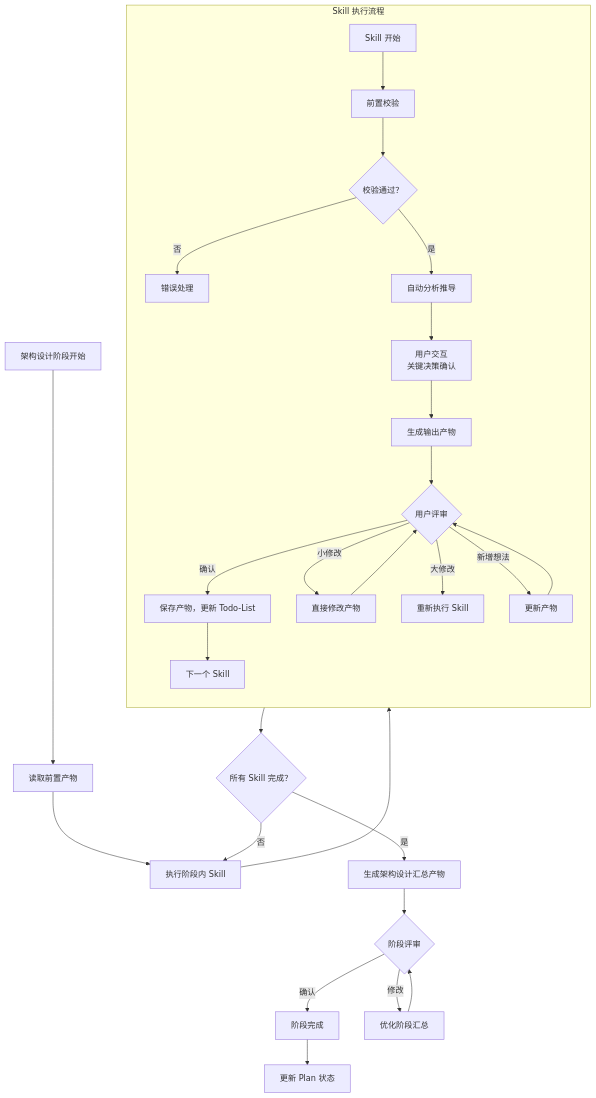
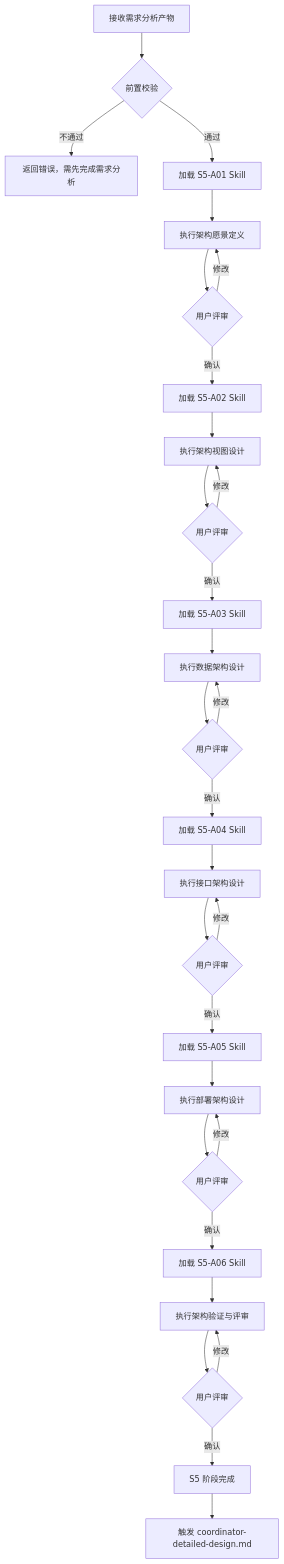
One commit to HeartFlying/swf changed the first of 3 diagrams in agents/coordinator-architecture.md. Above: the diagram before and after it, drawn with Mermaid. The commit also changed other lines of this file and 16 other files, not shown here.

````diff
--- a/agents/coordinator-architecture.md
+++ b/agents/coordinator-architecture.md
@@ -37,33 +73,38 @@
 ```mermaid
 flowchart TD
-    StageStart[架构设计阶段开始] --> Read[读取前置产物]
-    Read --> SkillLoop[执行阶段内 Skill]
+    Start[接收需求分析产物] --> Check{前置校验}
+    Check -->|不通过| Error[返回错误，需先完成需求分析]
+    Check -->|通过| LoadA01[加载 S5-A01 Skill]
 
-    subgraph SkillExecution[Skill 执行流程]
-        direction TB
-        SkillStart[Skill 开始] --> PreCheck[前置校验]
-        PreCheck --> CheckResult{校验通过？}
-        CheckResult -->|否 | HandleError[错误处理]
-        CheckResult -->|是 | Analyze[自动分析推导]
-        Analyze --> Interact[用户交互<br/>关键决策确认]
-        Interact --> Generate[生成输出产物]
-        Generate --> Review{用户评审}
-        Review -->|确认 | Save[保存产物，更新 Todo-List]
-        Review -->|小修改 | Modify[直接修改产物]
-        Review -->|大修改 | ReExecute[重新执行 Skill]
-        Review -->|新增想法 | Update[更新产物]
-        Modify --> Review
-        Update --> Review
-        Save --> NextSkill[下一个 Skill]
-    end
+    LoadA01 --> ExecA01[执行架构愿景定义]
+    ExecA01 --> ReviewA01{用户评审}
+    ReviewA01 -->|确认| LoadA02[加载 S5-A02 Skill]
+    ReviewA01 -->|修改| ExecA01
 
-    SkillLoop --> SkillExecution
-    NextSkill --> AllDone{所有 Skill 完成？}
-    AllDone -->|否 | SkillLoop
-    AllDone -->|是 | Summary[生成架构设计汇总产物]
-    Summary --> StageReview{阶段评审}
-    StageReview -->|确认 | StageDone[阶段完成]
-    StageReview -->|修改 | Optimize[优化阶段汇总]
-    Optimize --> StageReview
-    StageDone --> UpdatePlan[更新 Plan 状态]
+    LoadA02 --> ExecA02[执行架构视图设计]
+    ExecA02 --> ReviewA02{用户评审}
+    ReviewA02 -->|确认| LoadA03[加载 S5-A03 Skill]
+    ReviewA02 -->|修改| ExecA02
+
+    LoadA03 --> ExecA03[执行数据架构设计]
+    ExecA03 --> ReviewA03{用户评审}
+    ReviewA03 -->|确认| LoadA04[加载 S5-A04 Skill]
+    ReviewA03 -->|修改| ExecA03
+
+    LoadA04 --> ExecA04[执行接口架构设计]
+    ExecA04 --> ReviewA04{用户评审}
+    ReviewA04 -->|确认| LoadA05[加载 S5-A05 Skill]
+    ReviewA04 -->|修改| ExecA04
+
+    LoadA05 --> ExecA05[执行部署架构设计]
+    ExecA05 --> ReviewA05{用户评审}
+    ReviewA05 -->|确认| LoadA06[加载 S5-A06 Skill]
+    ReviewA05 -->|修改| ExecA05
+
+    LoadA06 --> ExecA06[执行架构验证与评审]
+    ExecA06 --> ReviewA06{用户评审}
+    ReviewA06 -->|确认| StageDone[S5 阶段完成]
+    ReviewA06 -->|修改| ExecA06
+
+    StageDone --> TriggerS6[触发 coordinator-detailed-design.md]
 ```
````
